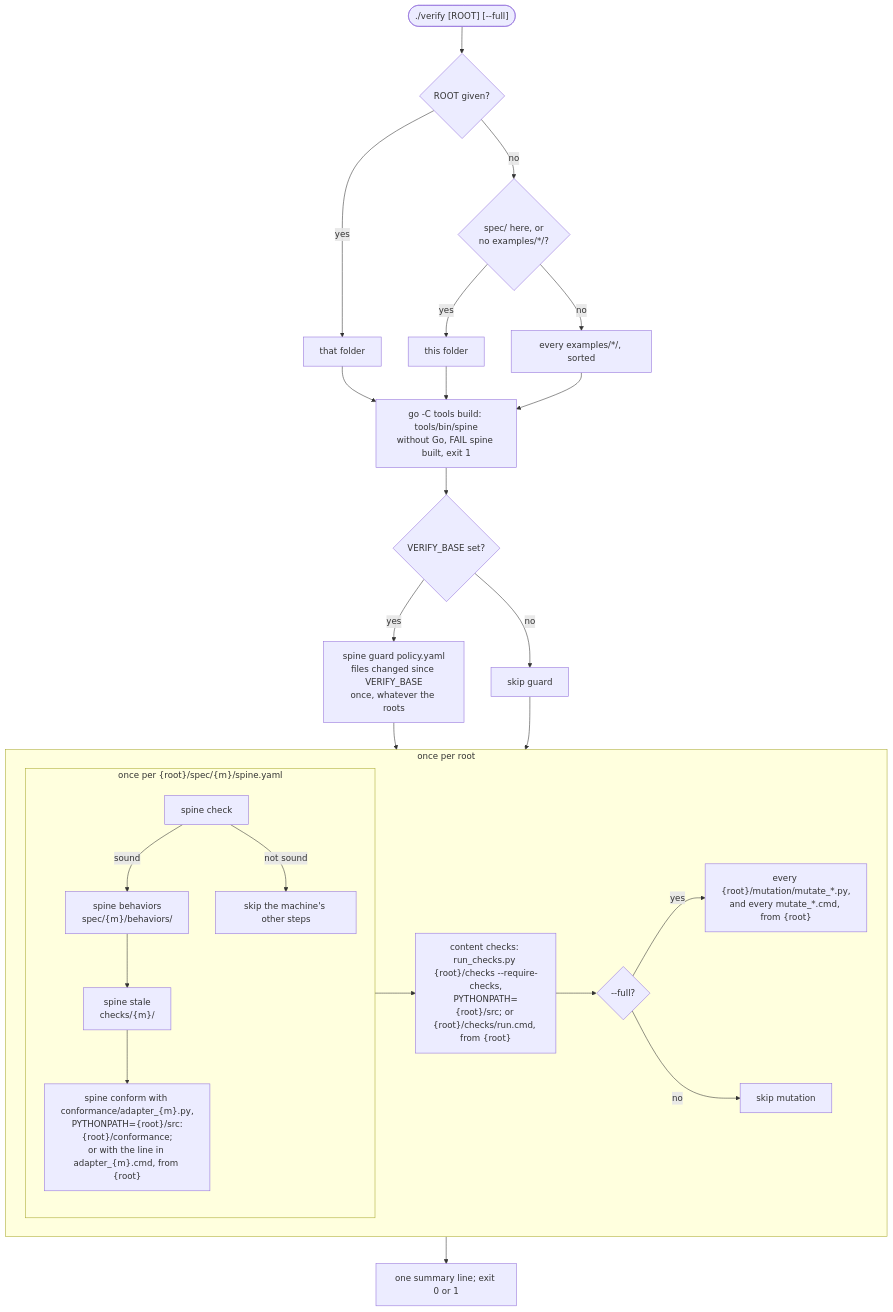
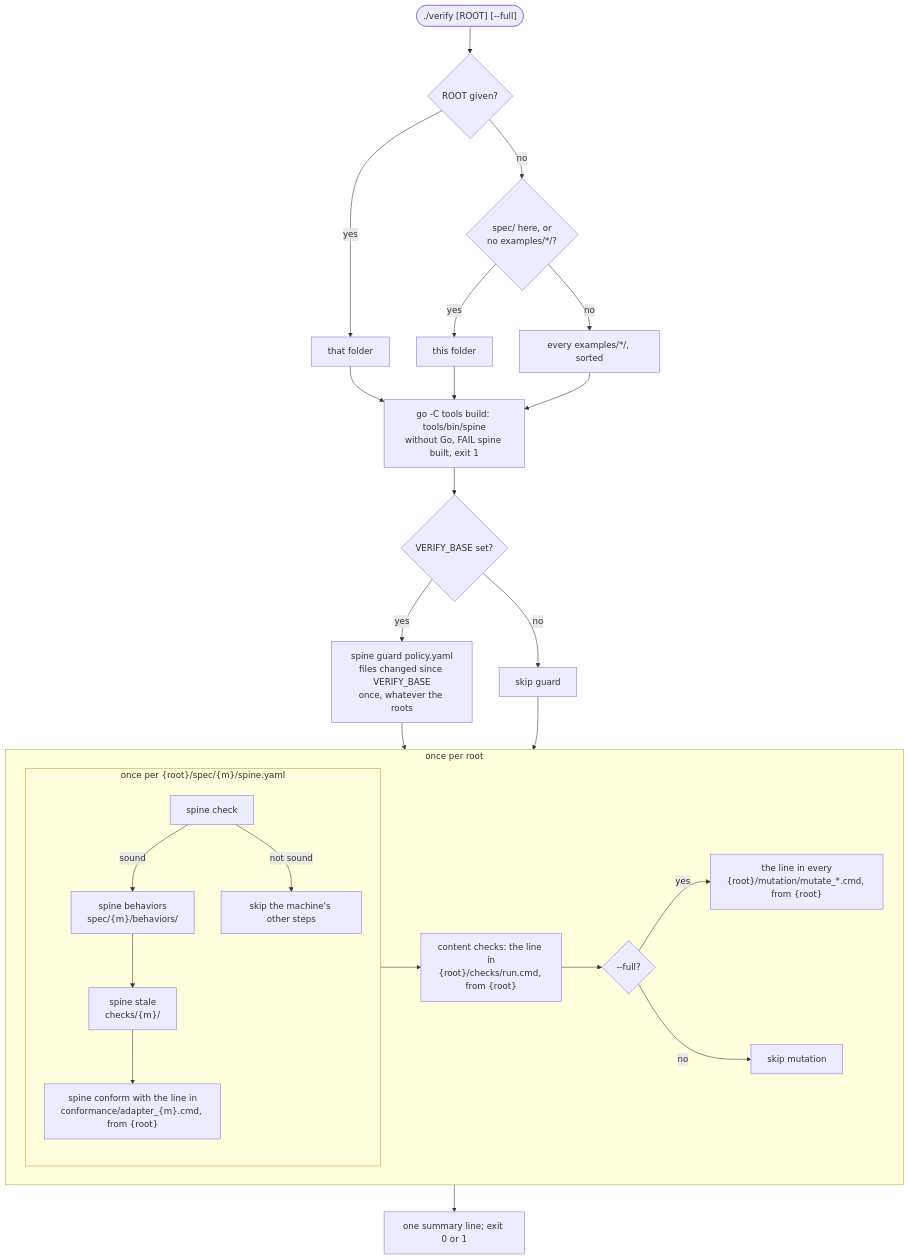
Before and after one commit to 23min/verifier-kit: the second of 7 diagrams in docs/architecture.md, drawn with Mermaid. The commit also changed other lines of this file and 23 other files, not shown here.

````diff
--- a/docs/architecture.md
+++ b/docs/architecture.md
@@ -56,29 +56,29 @@
 ```mermaid
 flowchart TD
   start(["./verify [ROOT] [--full]"]) --> roots{"ROOT given?"}
   roots -- yes --> one["that folder"]
   roots -- no --> has{"spec/ here, or<br/>no examples/*/?"}
   has -- yes --> here["this folder"]
   has -- no --> each["every examples/*/, sorted"]
   one --> build
   here --> build
   each --> build
   build["go -C tools build: tools/bin/spine<br/>without Go, FAIL spine built, exit 1"] --> g
   g{"VERIFY_BASE set?"} -- yes --> guard["spine guard policy.yaml<br/>files changed since VERIFY_BASE<br/>once, whatever the roots"]
   g -- no --> skipg["skip guard"]
   guard --> rootloop
   skipg --> rootloop
   subgraph rootloop["once per root"]
     subgraph loop["once per {root}/spec/{m}/spine.yaml"]
       check["spine check"] -- sound --> beh["spine behaviors<br/>spec/{m}/behaviors/"]
       check -- not sound --> skipm["skip the machine's other steps"]
       beh --> stale["spine stale<br/>checks/{m}/"]
-      stale --> conf["spine conform with conformance/adapter_{m}.py,<br/>PYTHONPATH={root}/src:{root}/conformance;<br/>or with the line in adapter_{m}.cmd, from {root}"]
+      stale --> conf["spine conform with the line in<br/>conformance/adapter_{m}.cmd, from {root}"]
     end
-    loop --> content["content checks: run_checks.py {root}/checks --require-checks,<br/>PYTHONPATH={root}/src; or {root}/checks/run.cmd, from {root}"]
+    loop --> content["content checks: the line in<br/>{root}/checks/run.cmd, from {root}"]
     content --> f{"--full?"}
-    f -- yes --> mut["every {root}/mutation/mutate_*.py,<br/>and every mutate_*.cmd, from {root}"]
+    f -- yes --> mut["the line in every<br/>{root}/mutation/mutate_*.cmd, from {root}"]
     f -- no --> skipmut["skip mutation"]
   end
   rootloop --> sum["one summary line; exit 0 or 1"]
 ```
````
